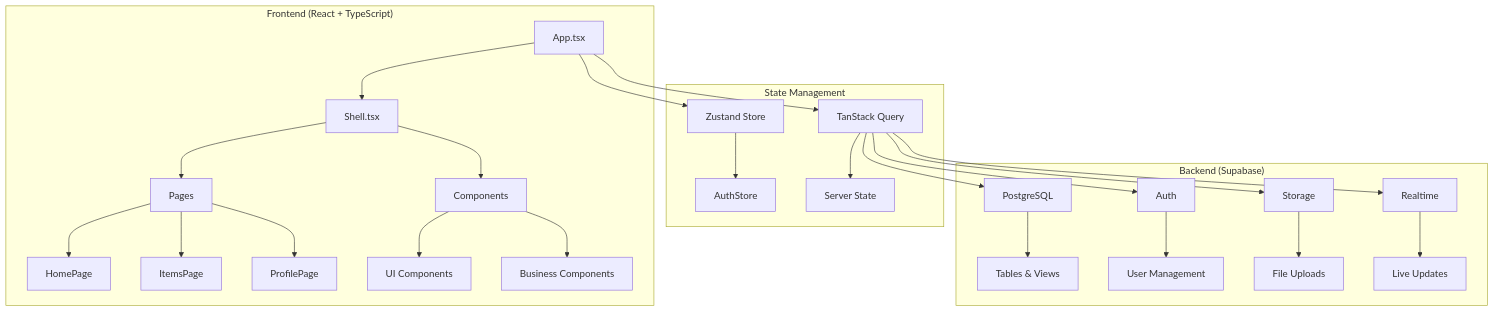
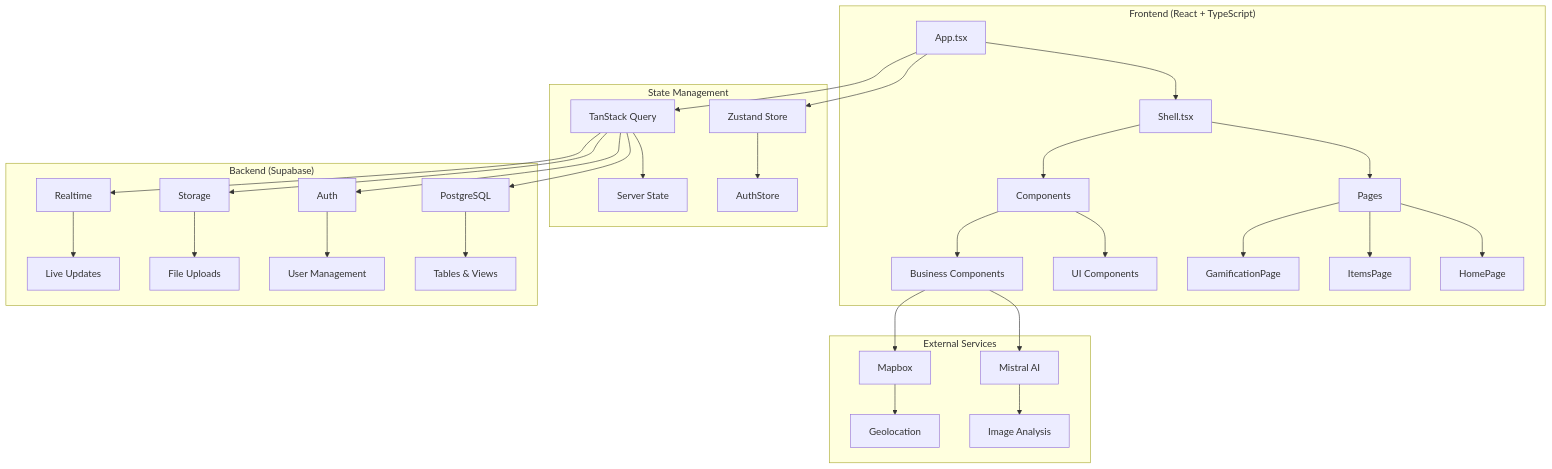
The first of 4 diagrams in ARCHITECTURE.md (moonback/Echangeo-officiel), drawn with Mermaid before and after one commit. The commit also changed other lines of this file and 7 other files, not shown here.

````diff
--- a/ARCHITECTURE.md
+++ b/ARCHITECTURE.md
@@ -18,32 +19,39 @@
 ```mermaid
 graph TB
     subgraph "Frontend (React + TypeScript)"
         A[App.tsx] --> B[Shell.tsx]
         B --> C[Pages]
         B --> D[Components]
         C --> E[HomePage]
         C --> F[ItemsPage]
-        C --> G[ProfilePage]
+        C --> G[GamificationPage]
         D --> H[UI Components]
         D --> I[Business Components]
     end
     
     subgraph "State Management"
         J[Zustand Store] --> K[AuthStore]
         L[TanStack Query] --> M[Server State]
     end
     
     subgraph "Backend (Supabase)"
         N[PostgreSQL] --> O[Tables & Views]
         P[Auth] --> Q[User Management]
         R[Storage] --> S[File Uploads]
         T[Realtime] --> U[Live Updates]
     end
     
+    subgraph "External Services"
+        V[Mistral AI] --> W[Image Analysis]
+        X[Mapbox] --> Y[Geolocation]
+    end
+    
     A --> J
     A --> L
     L --> N
     L --> P
     L --> R
     L --> T
+    I --> V
+    I --> X
 ```
````
